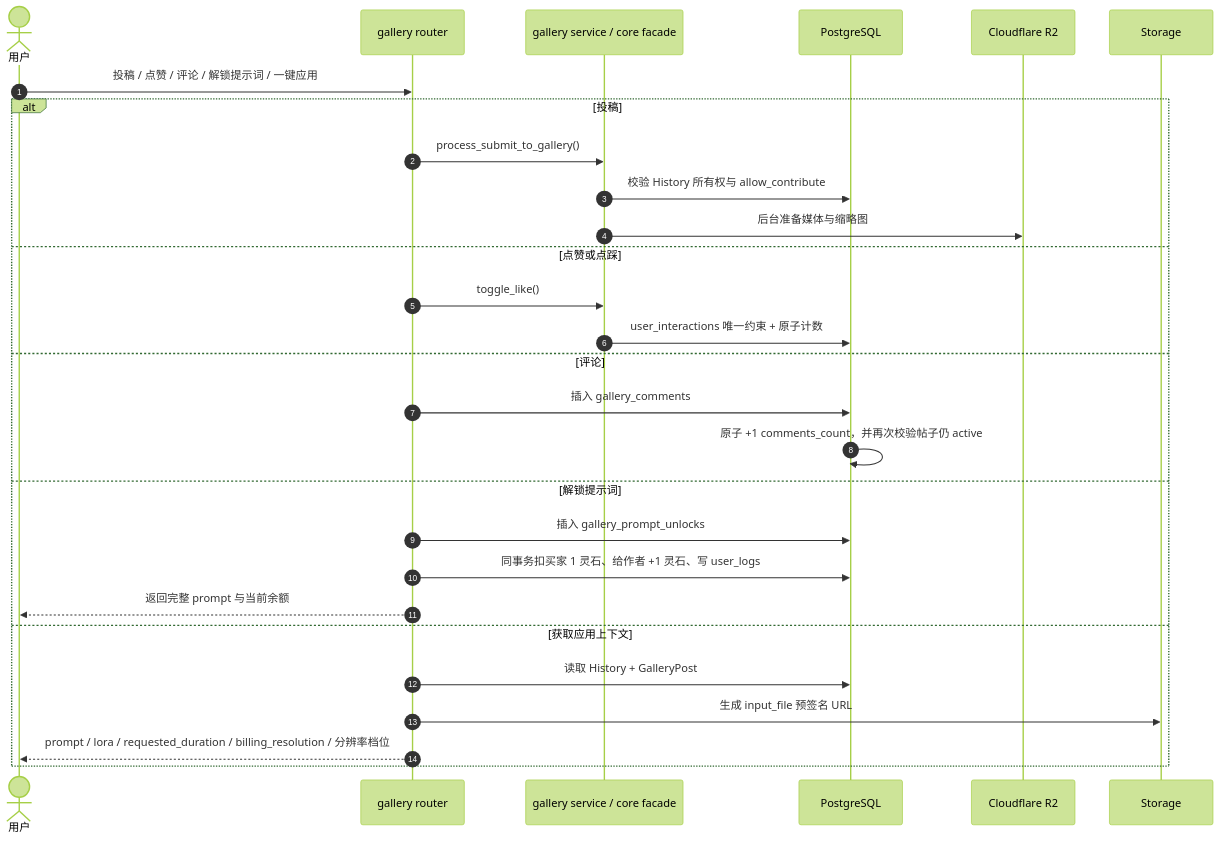
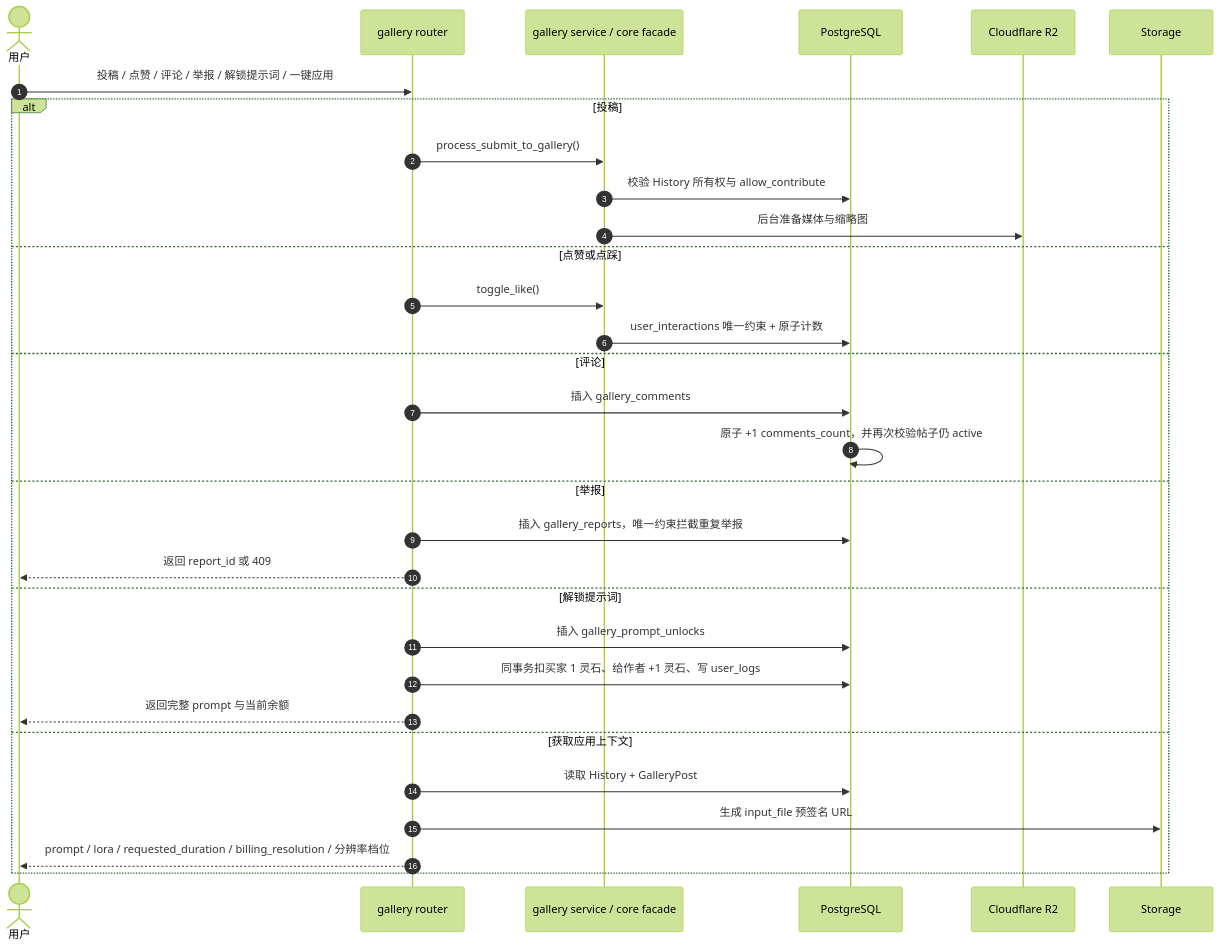
One commit to giraffu/All_bot changed the diagram in docs/子模块_社区与存储_gallery_storage.md. Above: the diagram before and after it, drawn with Mermaid (forest theme). The commit also changed other lines of this file and 39 other files, not shown here.

Commit message:
Add gallery report moderation support

````diff
--- a/docs/子模块_社区与存储_gallery_storage.md
+++ b/docs/子模块_社区与存储_gallery_storage.md
@@ -34,31 +37,34 @@
 ```mermaid
 sequenceDiagram
     autonumber
     actor U as 用户
     participant API as gallery router
     participant Core as gallery service / core facade
     participant PG as PostgreSQL
     participant R2 as Cloudflare R2
     participant S as Storage
 
-    U->>API: 投稿 / 点赞 / 评论 / 解锁提示词 / 一键应用
+    U->>API: 投稿 / 点赞 / 评论 / 举报 / 解锁提示词 / 一键应用
     alt 投稿
         API->>Core: process_submit_to_gallery()
         Core->>PG: 校验 History 所有权与 allow_contribute
         Core->>R2: 后台准备媒体与缩略图
     else 点赞或点踩
         API->>Core: toggle_like()
         Core->>PG: user_interactions 唯一约束 + 原子计数
     else 评论
         API->>PG: 插入 gallery_comments
         PG->>PG: 原子 +1 comments_count，并再次校验帖子仍 active
+    else 举报
+        API->>PG: 插入 gallery_reports，唯一约束拦截重复举报
+        API-->>U: 返回 report_id 或 409
     else 解锁提示词
         API->>PG: 插入 gallery_prompt_unlocks
         API->>PG: 同事务扣买家 1 灵石、给作者 +1 灵石、写 user_logs
         API-->>U: 返回完整 prompt 与当前余额
     else 获取应用上下文
         API->>PG: 读取 History + GalleryPost
         API->>S: 生成 input_file 预签名 URL
         API-->>U: prompt / lora / requested_duration / billing_resolution / 分辨率档位
     end
 ```
````
